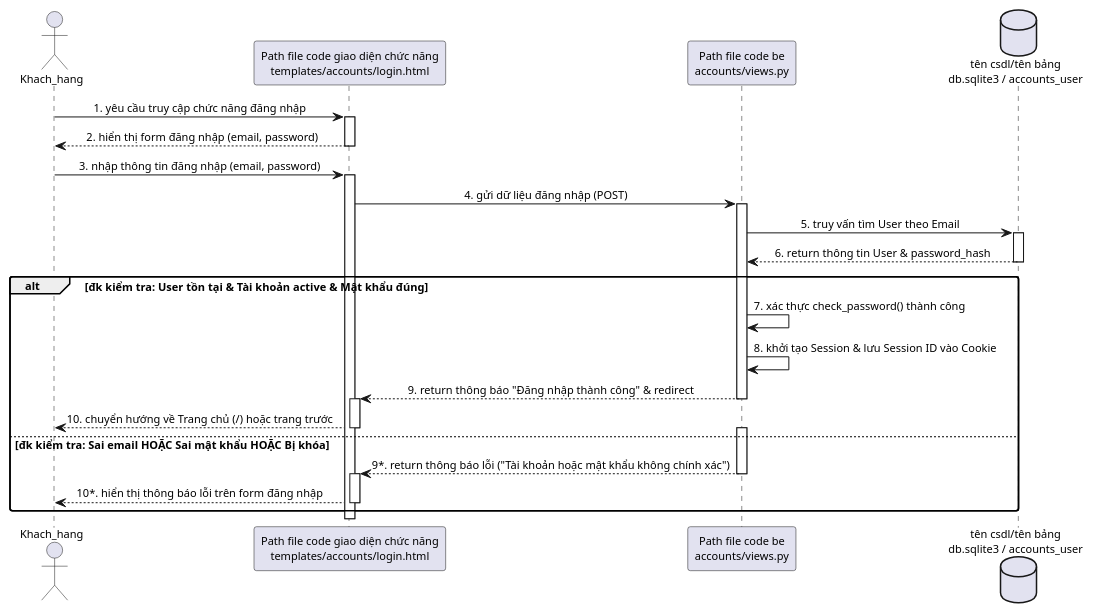
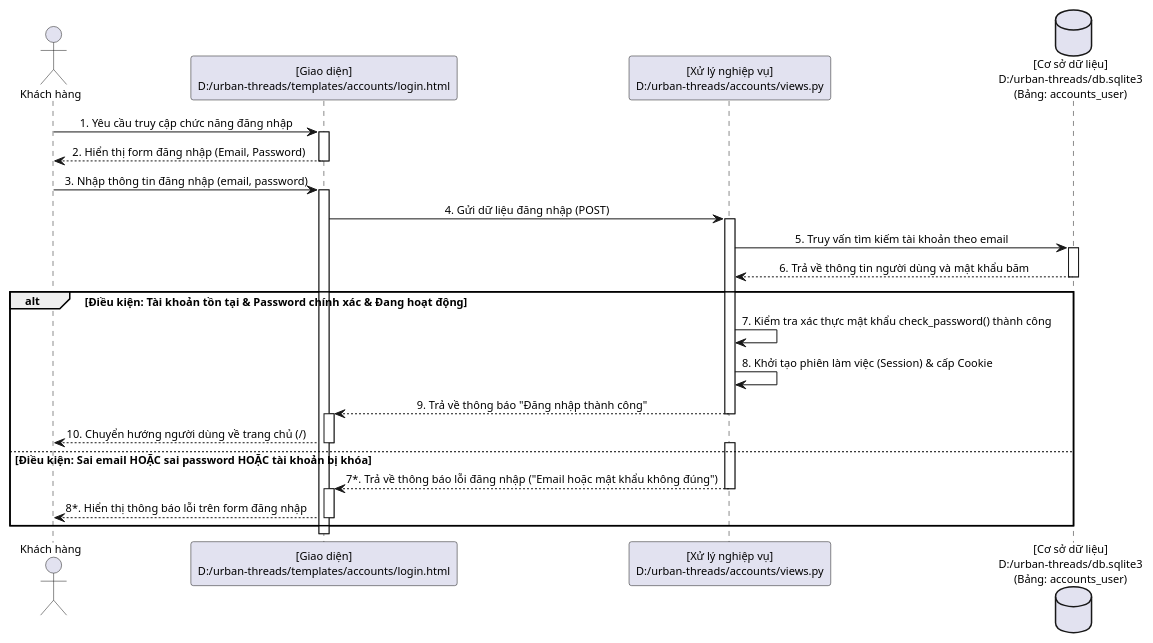
One commit to HNKILLNET404/lehainam_24ct1_cnpm changed the diagram in use_cases/sequence_dang_nhap.puml. Above: the diagram before and after it, drawn with PlantUML. The commit also changed 3 other files, not shown here.

Commit message:
update: Cap nhat 4 bieu do tuan tu PlantUML voi chu thich duong dan o D va STT cac buoc

```diff
--- a/use_cases/sequence_dang_nhap.puml
+++ b/use_cases/sequence_dang_nhap.puml
@@ -1,48 +1,47 @@
 @startuml
 skinparam sequenceMessageAlign center
-skinparam roundcorner 5
 skinparam shadowing false
 skinparam defaultFontName Arial
 skinparam defaultFontSize 11
 
-actor "Khach_hang" as User
-participant "Path file code giao diện chức năng\ntemplates/accounts/login.html" as UI
-participant "Path file code be\naccounts/views.py" as BE
-database "tên csdl/tên bảng\ndb.sqlite3 / accounts_user" as DB
+actor "Khách hàng" as User
+participant "[Giao diện]\nD:/urban-threads/templates/accounts/login.html" as UI
+participant "[Xử lý nghiệp vụ]\nD:/urban-threads/accounts/views.py" as BE
+database "[Cơ sở dữ liệu]\nD:/urban-threads/db.sqlite3\n(Bảng: accounts_user)" as DB
 
-box "tên chức năng: Đăng nhập hệ thống" #LightYellow
+box "Tên chức năng: Đăng nhập hệ thống" #LightYellow
 end box
 
-User -> UI : 1. yêu cầu truy cập chức năng đăng nhập
+User -> UI : 1. Yêu cầu truy cập chức năng đăng nhập
 activate UI
-UI --> User : 2. hiển thị form đăng nhập (email, password)
+UI --> User : 2. Hiển thị form đăng nhập (Email, Password)
 deactivate UI
 
-User -> UI : 3. nhập thông tin đăng nhập (email, password)
+User -> UI : 3. Nhập thông tin đăng nhập (email, password)
 activate UI
-UI -> BE : 4. gửi dữ liệu đăng nhập (POST)
+UI -> BE : 4. Gửi dữ liệu đăng nhập (POST)
 activate BE
 
-BE -> DB : 5. truy vấn tìm User theo Email
+BE -> DB : 5. Truy vấn tìm kiếm tài khoản theo email
 activate DB
-DB --> BE : 6. return thông tin User & password_hash
+DB --> BE : 6. Trả về thông tin người dùng và mật khẩu băm
 deactivate DB
 
-alt đk kiểm tra: User tồn tại & Tài khoản active & Mật khẩu đúng
-    BE -> BE : 7. xác thực check_password() thành công
-    BE -> BE : 8. khởi tạo Session & lưu Session ID vào Cookie
-    BE --> UI : 9. return thông báo "Đăng nhập thành công" & redirect
+alt Điều kiện: Tài khoản tồn tại & Password chính xác & Đang hoạt động
+    BE -> BE : 7. Kiểm tra xác thực mật khẩu check_password() thành công
+    BE -> BE : 8. Khởi tạo phiên làm việc (Session) & cấp Cookie
+    BE --> UI : 9. Trả về thông báo "Đăng nhập thành công"
     deactivate BE
     activate UI
-    UI --> User : 10. chuyển hướng về Trang chủ (/) hoặc trang trước
+    UI --> User : 10. Chuyển hướng người dùng về trang chủ (/)
     deactivate UI
-else đk kiểm tra: Sai email HOẶC Sai mật khẩu HOẶC Bị khóa
+else Điều kiện: Sai email HOẶC sai password HOẶC tài khoản bị khóa
     activate BE
-    BE --> UI : 9*. return thông báo lỗi ("Tài khoản hoặc mật khẩu không chính xác")
+    BE --> UI : 7*. Trả về thông báo lỗi đăng nhập ("Email hoặc mật khẩu không đúng")
     deactivate BE
     activate UI
-    UI --> User : 10*. hiển thị thông báo lỗi trên form đăng nhập
+    UI --> User : 8*. Hiển thị thông báo lỗi trên form đăng nhập
     deactivate UI
 end
 
 @enduml
```
